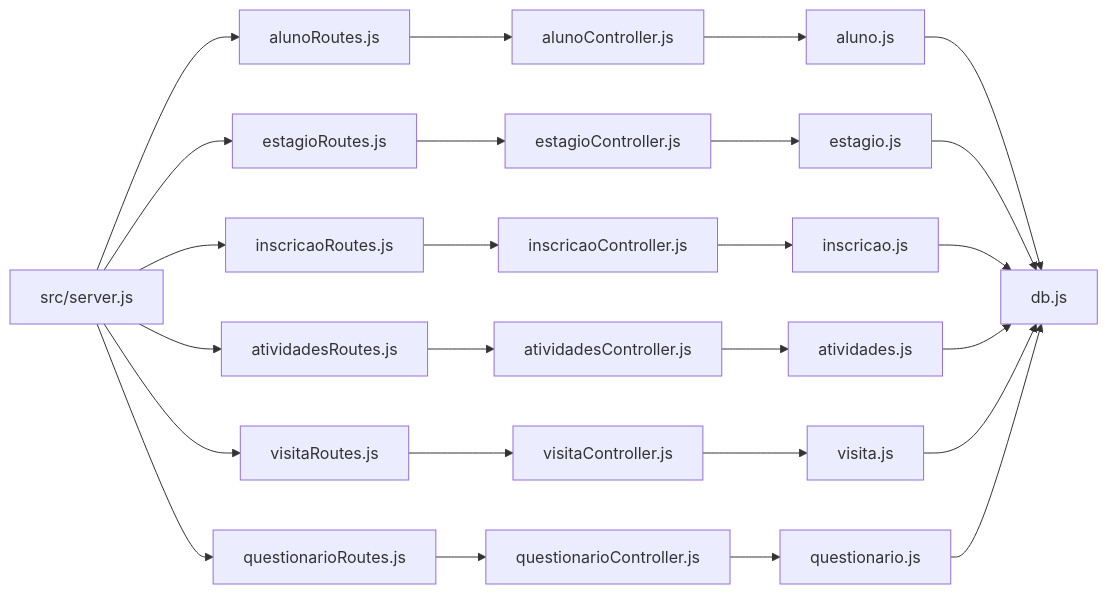
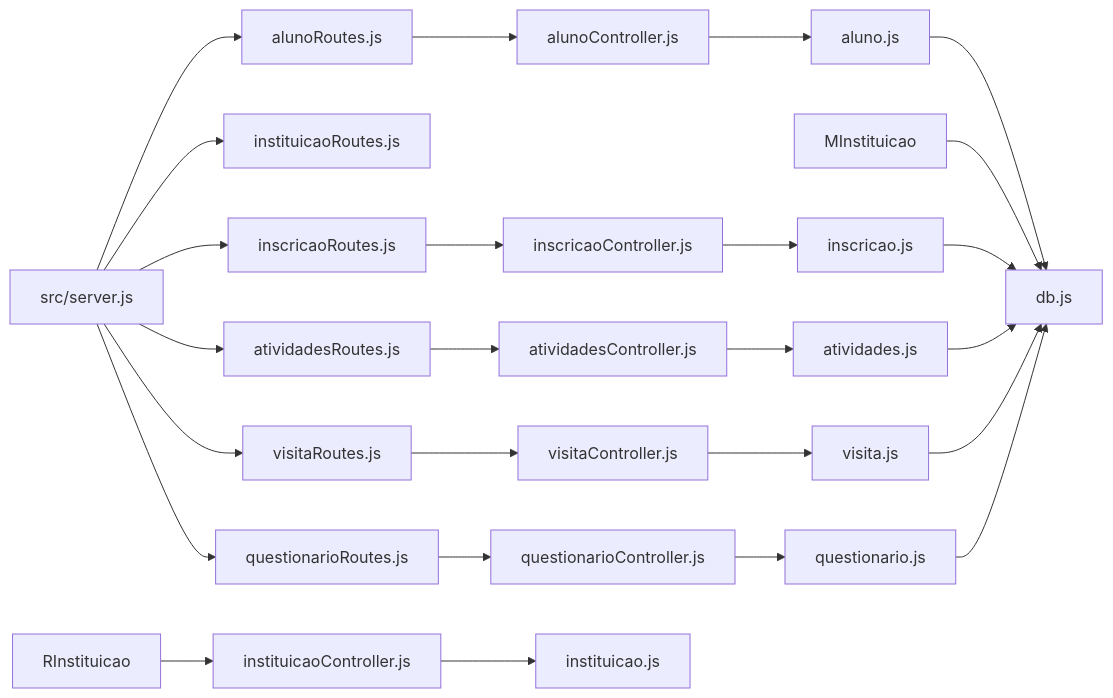
One commit to luiseduacosta/nodemural changed the seventh of 8 diagrams in .qoder/repowiki/en/content/Core Features Implementation/Core Features Implementation.md. Above: the diagram before and after it, drawn with Mermaid. The commit also changed other lines of this file and 25 other files, not shown here.

````diff
--- a/.qoder/repowiki/en/content/Core Features Implementation/Core Features Implementation.md
+++ b/.qoder/repowiki/en/content/Core Features Implementation/Core Features Implementation.md
@@ -373,27 +373,27 @@
 ```mermaid
 graph LR
 Server["src/server.js"] --> RAluno["alunoRoutes.js"]
-Server --> REstagio["estagioRoutes.js"]
+Server --> REstagio["instituicaoRoutes.js"]
 Server --> RInscricao["inscricaoRoutes.js"]
 Server --> RAtiv["atividadesRoutes.js"]
 Server --> RVisita["visitaRoutes.js"]
 Server --> RQuest["questionarioRoutes.js"]
 RAluno --> CAluno["alunoController.js"]
-REstagio --> CEstagio["estagioController.js"]
+RInstituicao --> CInstituicao["instituicaoController.js"]
 RInscricao --> CInscricao["inscricaoController.js"]
 RAtiv --> CAtiv["atividadesController.js"]
 RVisita --> CVisita["visitaController.js"]
 RQuest --> CQuest["questionarioController.js"]
 CAluno --> MAluno["aluno.js"]
-CEstagio --> MEstagio["estagio.js"]
+CInstituicao --> MEstagio["instituicao.js"]
 CInscricao --> MInscricao["inscricao.js"]
 CAtiv --> MAtiv["atividades.js"]
 CVisita --> MVisita["visita.js"]
 CQuest --> MQuest["questionario.js"]
 MAluno --> DB["db.js"]
-MEstagio --> DB
+MInstituicao --> DB
 MInscricao --> DB
 MAtiv --> DB
 MVisita --> DB
 MQuest --> DB
 ```
````
